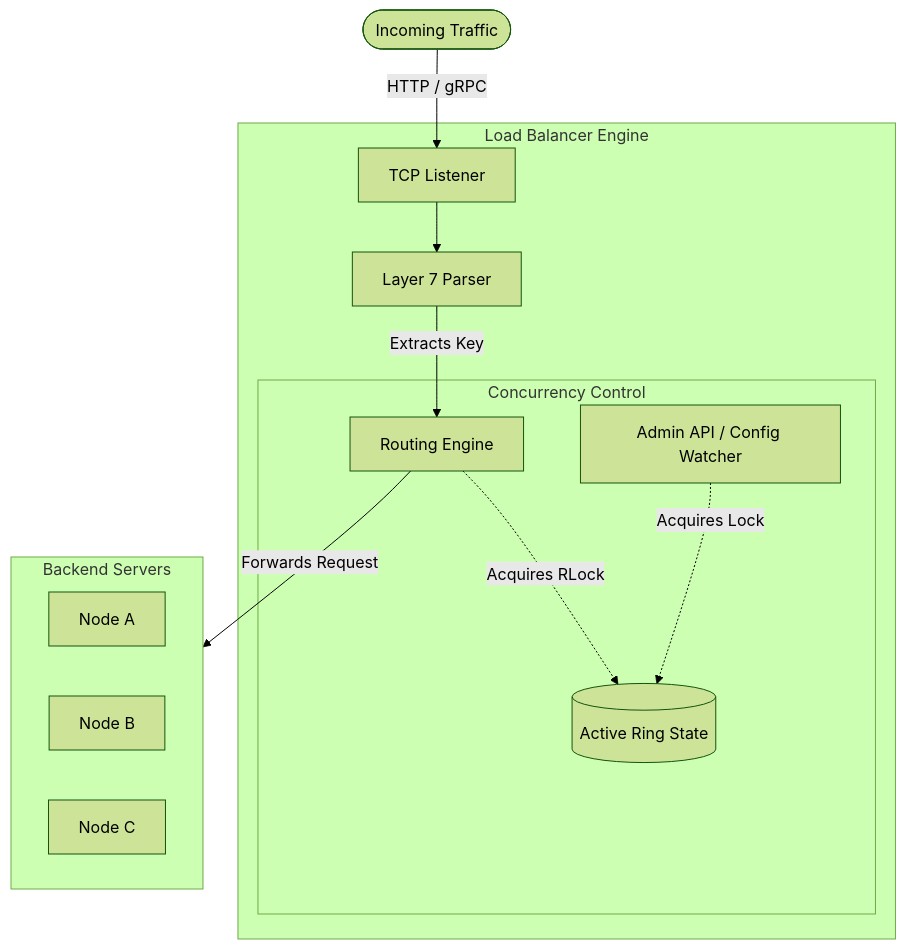
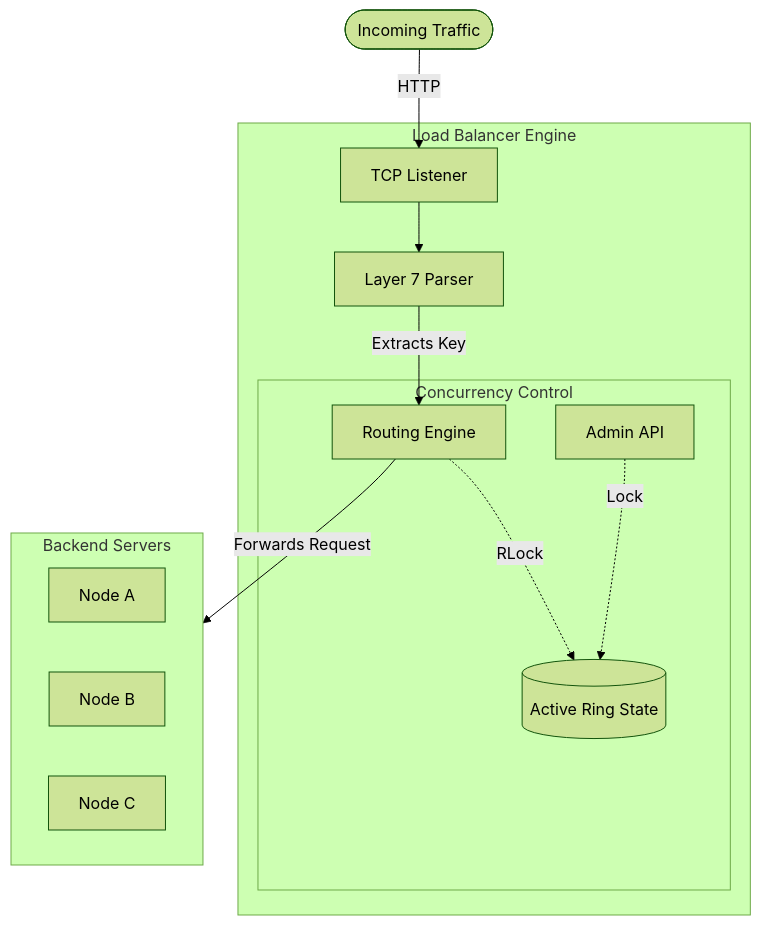
One commit to TheTangentLine/Learn_LB changed the diagram in README.md. Above: the diagram before and after it, drawn with Mermaid (forest theme). The commit also changed other lines of this file and 2 other files, not shown here.

````diff
--- a/README.md
+++ b/README.md
@@ -1,22 +5,22 @@
 ```mermaid
 flowchart TD
-    Clients([Incoming Traffic]) -->|HTTP / gRPC| Listener[TCP Listener]
-    
-    subgraph Load Balancer Engine
+    Clients([Incoming Traffic]) -->|HTTP| Listener[TCP Listener]
+
+    subgraph lbengine [Load Balancer Engine]
         Listener --> L7Parser[Layer 7 Parser]
         L7Parser -->|Extracts Key| Router[Routing Engine]
-        
-        subgraph Concurrency Control
-            Router -.->|Acquires RLock| RingState[(Active Ring State)]
-            AdminAPI[Admin API / Config Watcher] -.->|Acquires Lock| RingState
+
+        subgraph cc [Concurrency Control]
+            Router -.->|RLock| RingState[(Active Ring State)]
+            AdminAPI[Admin API] -.->|Lock| RingState
         end
     end
 
     Router -->|Forwards Request| Pool
 
-    subgraph Pool[Backend Servers]
-        ServerA[Node A]
-        ServerB[Node B]
-        ServerC[Node C]
+    subgraph Pool [Backend Servers]
+        NodeA[Node A]
+        NodeB[Node B]
+        NodeC[Node C]
     end
 ```
````
